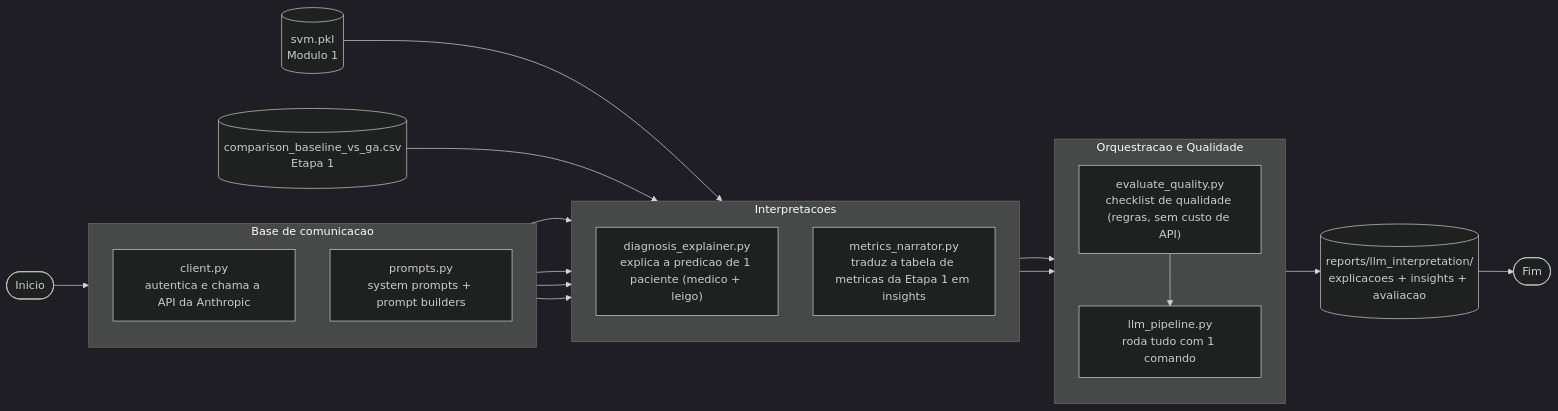
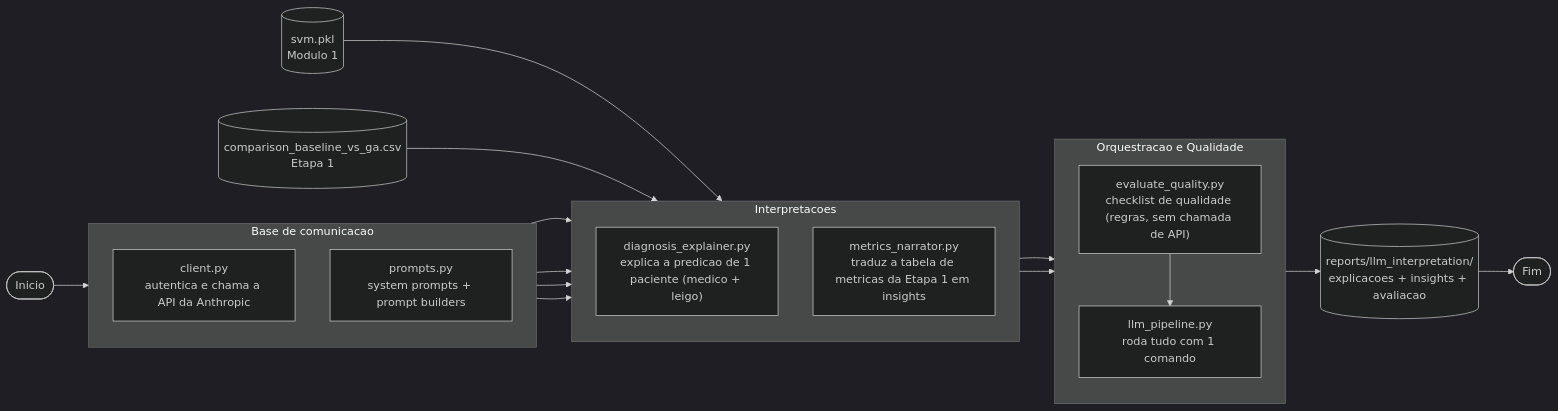
One commit to dideusmatheus/Fase-2---Tech-challenge-projeto-1 changed the fourth of 4 diagrams in README.md. Above: the diagram before and after it, drawn with Mermaid (dark theme). The commit also changed other lines of this file and 4 other files, not shown here.

````diff
--- a/README.md
+++ b/README.md
@@ -303,41 +303,41 @@
 ```mermaid
 flowchart LR
     START([Inicio])
 
     SVM[("svm.pkl<br/>Modulo 1")]
     CSV[("comparison_baseline_vs_ga.csv<br/>Etapa 1")]
 
     subgraph BASE ["Base de comunicacao"]
         direction TB
         CLIENT["client.py<br/>autentica e chama a API da Anthropic"]
         PROMPTS["prompts.py<br/>system prompts + prompt builders"]
     end
 
     subgraph INTERP ["Interpretacoes"]
         direction TB
         DIAG["diagnosis_explainer.py<br/>explica a predicao de 1 paciente (medico + leigo)"]
         METRICS["metrics_narrator.py<br/>traduz a tabela de metricas da Etapa 1 em insights"]
     end
 
     subgraph ORCH ["Orquestracao e Qualidade"]
         direction TB
-        QUALITY["evaluate_quality.py<br/>checklist de qualidade (regras, sem custo de API)"]
+        QUALITY["evaluate_quality.py<br/>checklist de qualidade (regras, sem chamada de API)"]
         PIPELINE["llm_pipeline.py<br/>roda tudo com 1 comando"]
         QUALITY --> PIPELINE
     end
 
     OUTPUT[("reports/llm_interpretation/<br/>explicacoes + insights + avaliacao")]
     END([Fim])
 
     START --> CLIENT
     CLIENT --> DIAG
     CLIENT --> METRICS
     PROMPTS --> DIAG
     PROMPTS --> METRICS
     SVM --> DIAG
     CSV --> METRICS
     DIAG --> PIPELINE
     METRICS --> PIPELINE
     PIPELINE --> OUTPUT
     OUTPUT --> END
 ```
````
